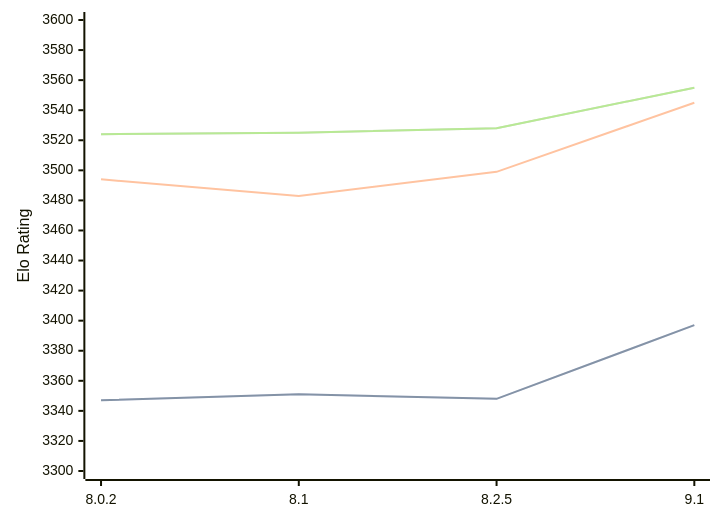
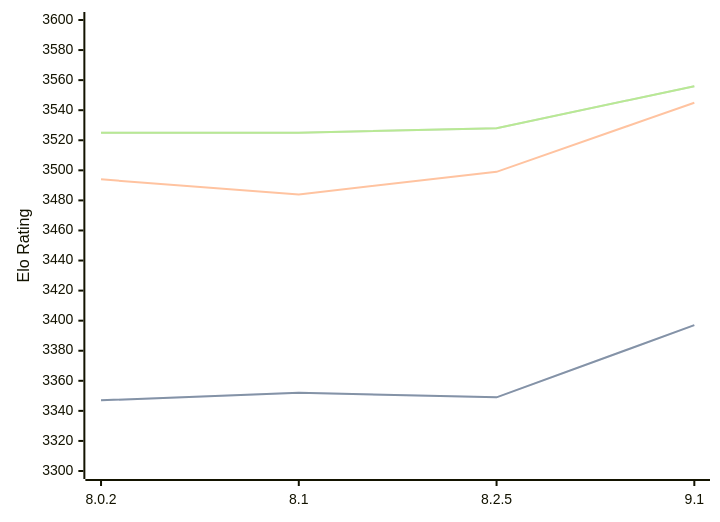
One commit to computer-chess-index/cci changed the diagram in engines/Clover.md. Above: the diagram before and after it, drawn with Mermaid. The commit also changed other lines of this file, not shown here.

Commit message:
Update CCI Ratings (ELO VLTC) - 2026-10-02

````diff
--- a/engines/Clover.md
+++ b/engines/Clover.md
@@ -35,11 +35,11 @@
 ```mermaid
 %%{init: {"theme":"base","themeVariables":{"seriesColors:['#a3a3a3','#222221','#faa371']}}}%%
 xychart-beta
   x-axis ["8.0.2", "8.1", "8.2.5", "9.1"]
   y-axis "Elo Rating" 3300 --> 3600
-  line "" [3347, 3351, 3348, 3397]
-  line "STC (8.0+0.08s)" [3347, 3351, 3348, 3397]
-  line "LTC (60.0+0.60s)" [3494, 3483, 3499, 3545]
-  line "" [3524, 3525, 3528, 3555]
-  line "VLTC (2m24s+1.12s)" [3524, 3525, 3528, 3555]
+  line "" [3347, 3352, 3349, 3397]
+  line "STC (8.0+0.08s)" [3347, 3352, 3349, 3397]
+  line "LTC (60.0+0.60s)" [3494, 3484, 3499, 3545]
+  line "" [3525, 3525, 3528, 3556]
+  line "VLTC (2m24s+1.12s)" [3525, 3525, 3528, 3556]
 ```
````
